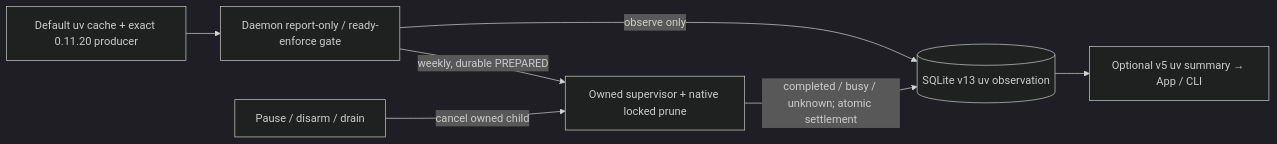
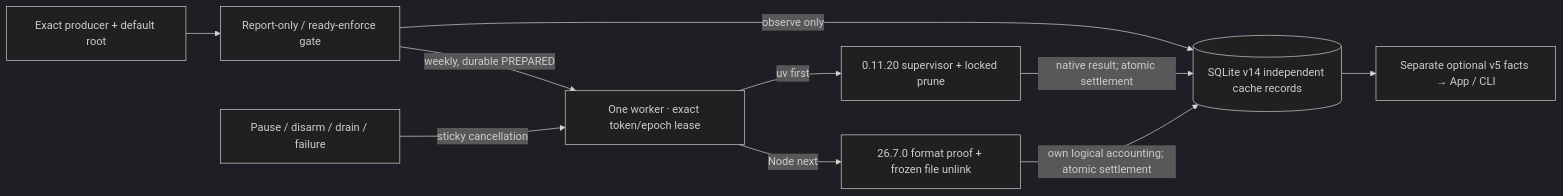
The diagram in docs/ARCHITECTURE.md (IndelibleVivi/unlinger), drawn with Mermaid (dark theme) before and after one commit. The commit also changed other lines of this file and 42 other files, not shown here.

Commit message:
add automatic Node compile-cache maintenance

````diff
--- a/docs/ARCHITECTURE.md
+++ b/docs/ARCHITECTURE.md
@@ -57,9 +61,12 @@
 ```mermaid
 flowchart LR
-  probe["Default uv cache + exact 0.11.20 producer"] --> gate["Daemon report-only / ready-enforce gate"]
-  gate -->|observe only| db[("SQLite v13 uv observation")]
-  gate -->|weekly, durable PREPARED| native["Owned supervisor + native locked prune"]
-  native -->|completed / busy / unknown; atomic settlement| db
-  db --> view["Optional v5 uv summary → App / CLI"]
-  pause["Pause / disarm / drain"] -->|cancel owned child| native
+  probe["Exact producer + default root"] --> gate["Report-only / ready-enforce gate"]
+  gate -->|observe only| db[("SQLite v14 independent cache records")]
+  gate -->|weekly, durable PREPARED| worker["One worker · exact token/epoch lease"]
+  worker -->|uv first| native["0.11.20 supervisor + locked prune"]
+  worker -->|Node next| node["26.7.0 format proof + frozen file unlink"]
+  native -->|native result; atomic settlement| db
+  node -->|own logical accounting; atomic settlement| db
+  db --> view["Separate optional v5 facts → App / CLI"]
+  pause["Pause / disarm / drain / failure"] -->|sticky cancellation| worker
 ```
````
